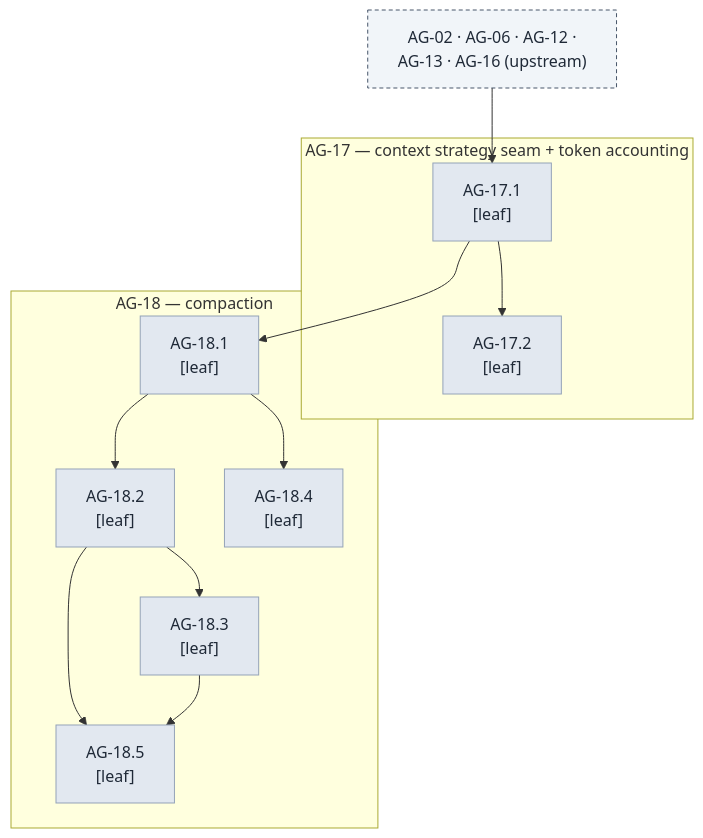
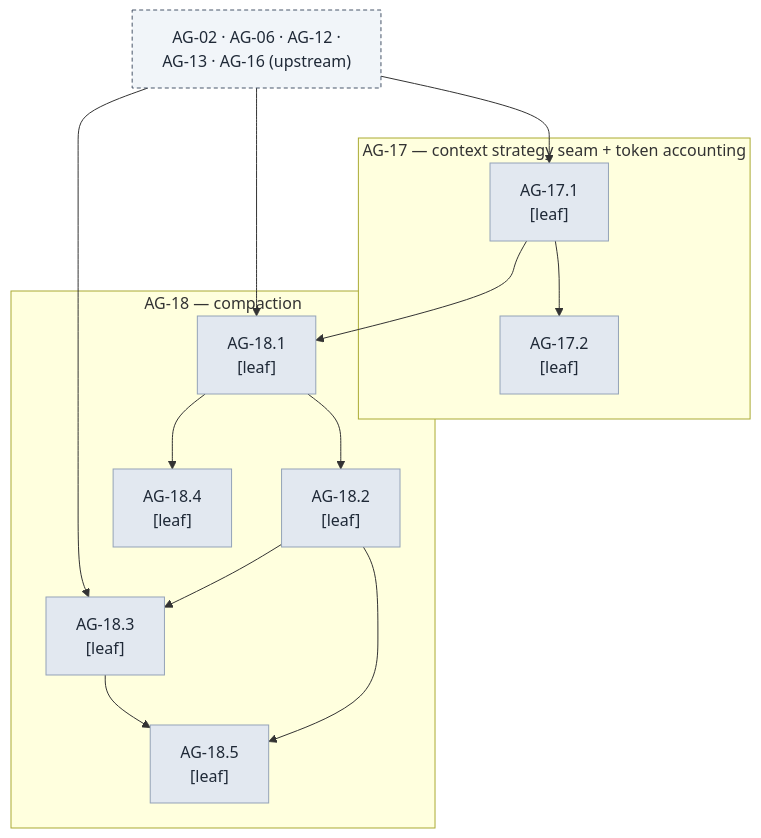
One commit to witsaba/cachicamas changed diagram 19 of 28 in docs/architecture/milestones/0003-cachicamas-agent-layer-2-task-graph.md. Above: the diagram before and after it, drawn with Mermaid. The commit also changed other lines of this file, not shown here.

````diff
--- a/docs/architecture/milestones/0003-cachicamas-agent-layer-2-task-graph.md
+++ b/docs/architecture/milestones/0003-cachicamas-agent-layer-2-task-graph.md
@@ -1552,28 +1568,30 @@
 ```mermaid
 flowchart TB
     GATE["AG-02 · AG-06 · AG-12 ·<br/>AG-13 · AG-16 (upstream)"]
     subgraph AG17["AG-17 — context strategy seam + token accounting"]
         AG17_1["AG-17.1<br/>[leaf]"]
         AG17_2["AG-17.2<br/>[leaf]"]
         AG17_1 --> AG17_2
     end
     subgraph AG18["AG-18 — compaction"]
         AG18_1["AG-18.1<br/>[leaf]"]
         AG18_2["AG-18.2<br/>[leaf]"]
         AG18_3["AG-18.3<br/>[leaf]"]
         AG18_4["AG-18.4<br/>[leaf]"]
         AG18_5["AG-18.5<br/>[leaf]"]
         AG18_1 --> AG18_2
         AG18_2 --> AG18_3
         AG18_1 --> AG18_4
         AG18_2 --> AG18_5
         AG18_3 --> AG18_5
     end
     GATE --> AG17_1
+    GATE --> AG18_1
+    GATE --> AG18_3
     AG17_1 --> AG18_1
 
     classDef leaf fill:#e2e8f0,stroke:#94a3b8,color:#1f2937
     classDef gate fill:#f1f5f9,stroke:#475569,color:#1f2937,stroke-dasharray: 4 3
     class AG17_1,AG17_2,AG18_1,AG18_2,AG18_3,AG18_4,AG18_5 leaf
     class GATE gate
 ```
````
